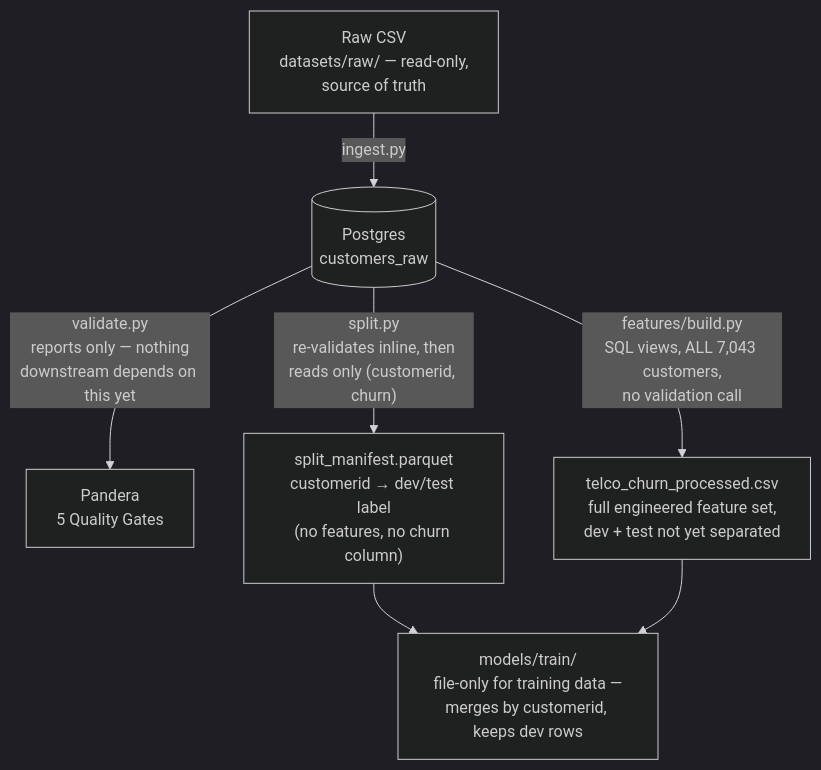
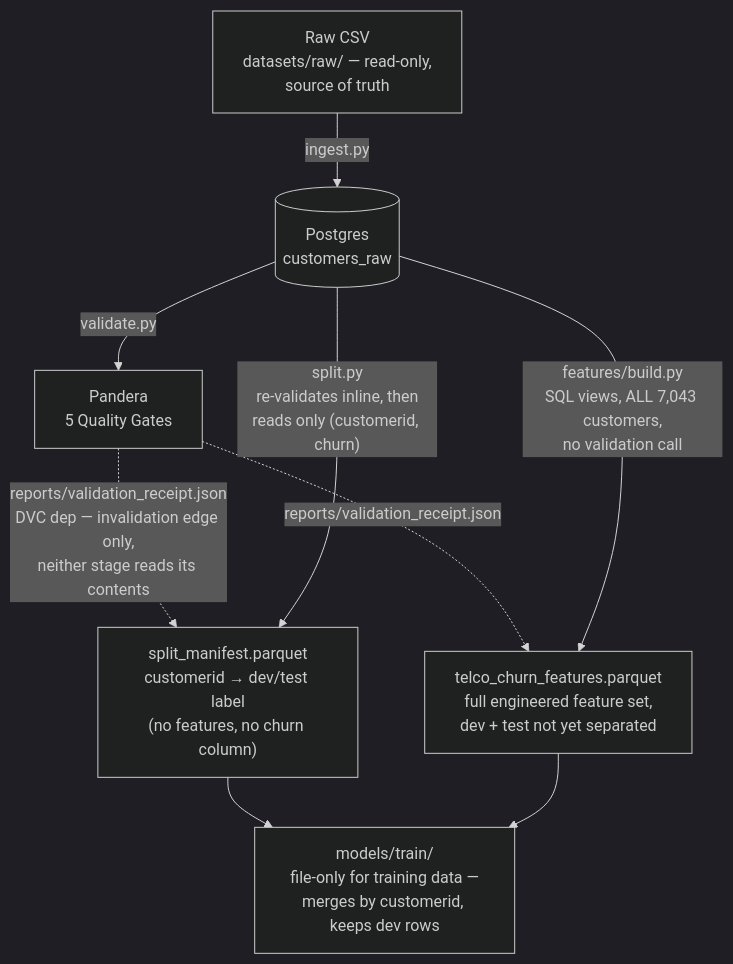
Before and after one commit to Ampofowaa/TelcoChurn_PortfolioProject: the third of 5 diagrams in docs/architecture.md, drawn with Mermaid (dark theme). The commit also changed other lines of this file and 65 other files, not shown here.

````diff
--- a/docs/architecture.md
+++ b/docs/architecture.md
@@ -62,9 +66,11 @@
 ```mermaid
 flowchart TD
     A["Raw CSV\ndatasets/raw/ — read-only,\nsource of truth"] -->|ingest.py| B[("Postgres\ncustomers_raw")]
-    B -->|"validate.py\nreports only — nothing\ndownstream depends on this yet"| V["Pandera\n5 Quality Gates"]
+    B -->|validate.py| V["Pandera\n5 Quality Gates"]
+    V -.->|"reports/validation_receipt.json\nDVC dep — invalidation edge only,\nneither stage reads its contents"| C
+    V -.->|"reports/validation_receipt.json"| D
     B -->|"split.py\nre-validates inline, then\nreads only (customerid, churn)"| C["split_manifest.parquet\ncustomerid → dev/test label\n(no features, no churn column)"]
-    B -->|"features/build.py\nSQL views, ALL 7,043 customers,\nno validation call"| D["telco_churn_processed.csv\nfull engineered feature set,\ndev + test not yet separated"]
+    B -->|"features/build.py\nSQL views, ALL 7,043 customers,\nno validation call"| D["telco_churn_features.parquet\nfull engineered feature set,\ndev + test not yet separated"]
     C --> E["models/train/\nfile-only for training data —\nmerges by customerid, keeps dev rows"]
     D --> E
 ```
````
